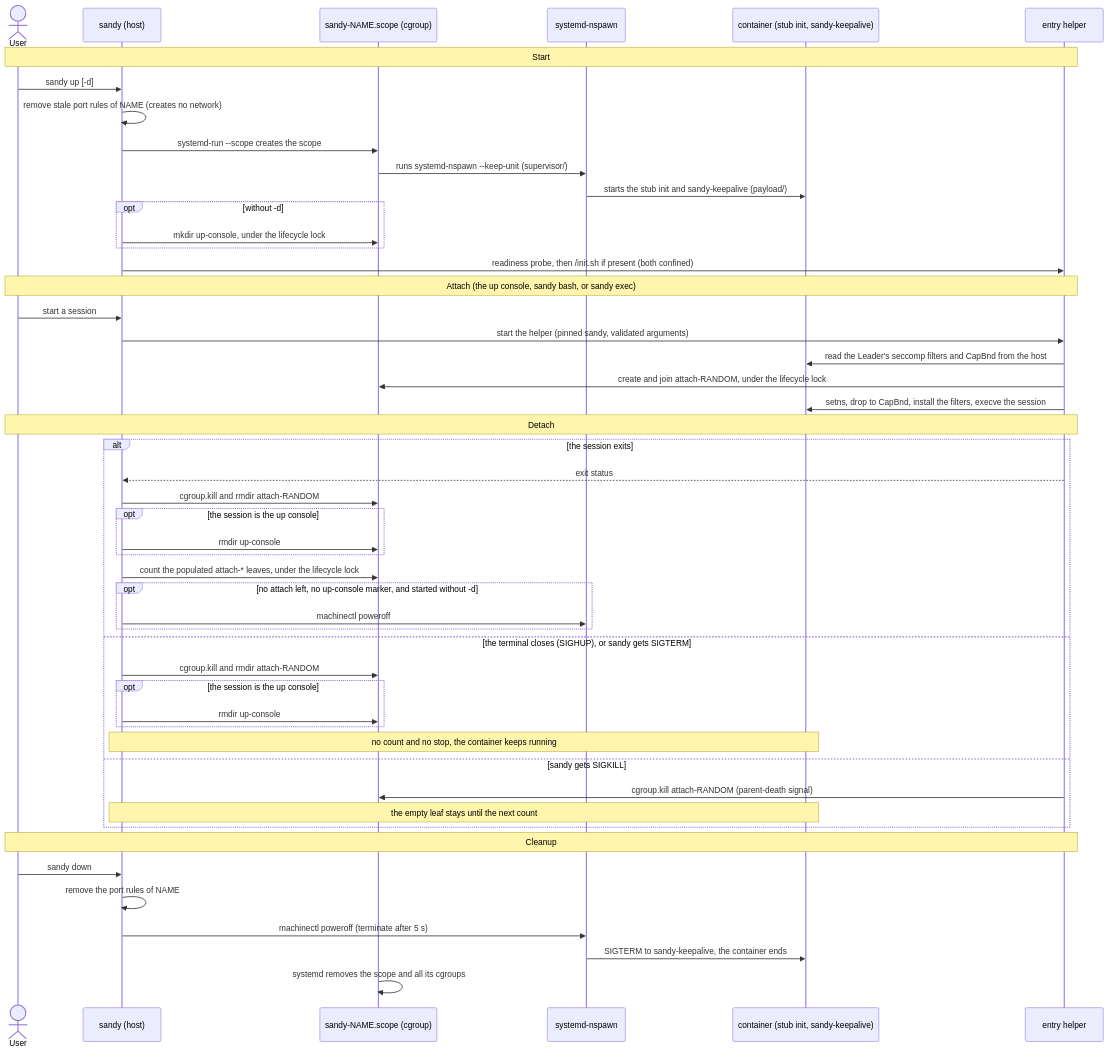
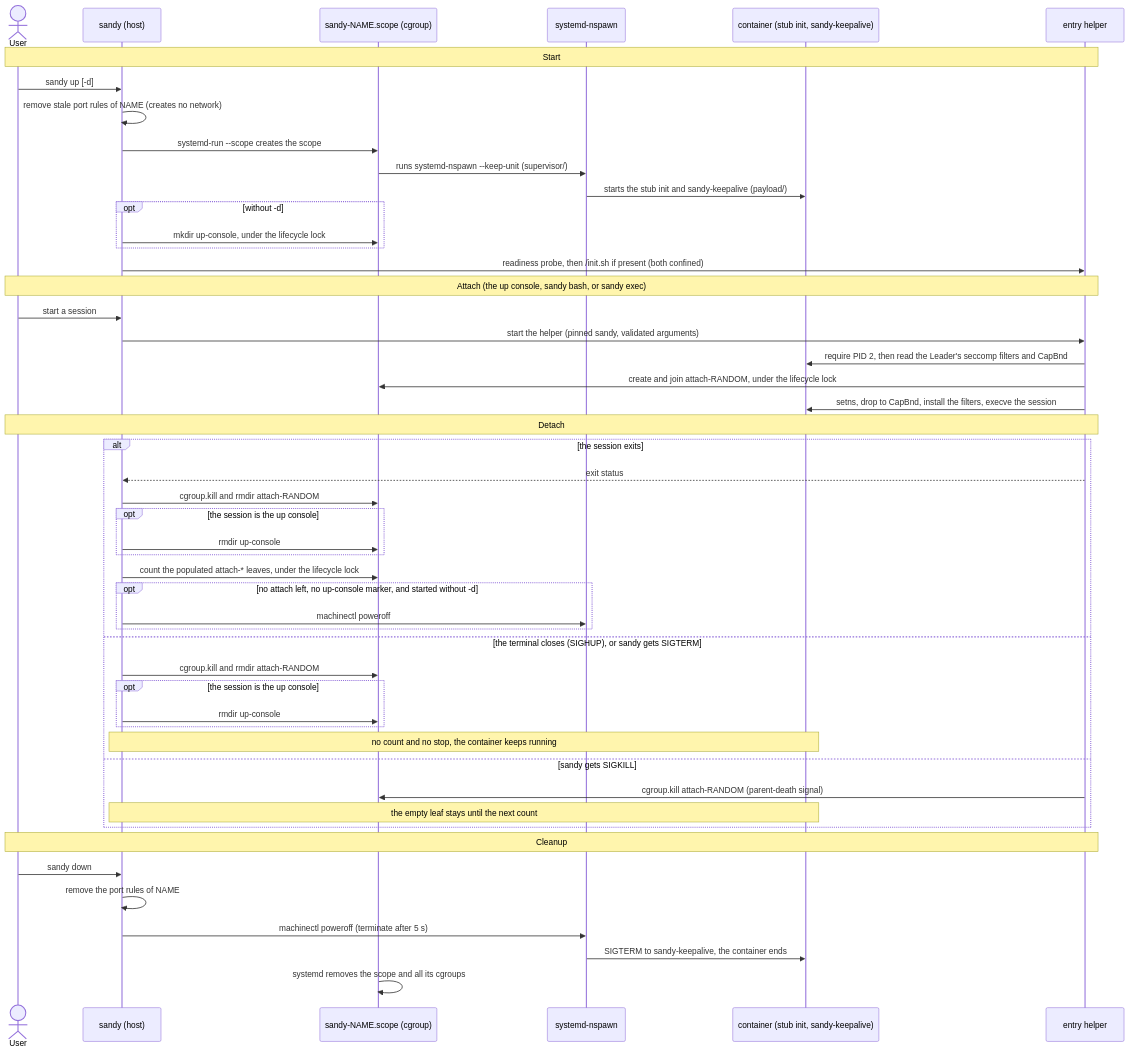
Before and after one commit to jdstrand/sandy: the diagram in README.md, drawn with Mermaid. The commit also changed other lines of this file and 7 other files, not shown here.

````diff
--- a/README.md
+++ b/README.md
@@ -273,56 +277,56 @@
 ```mermaid
 sequenceDiagram
     actor U as User
     participant S as sandy (host)
     participant C as sandy-NAME.scope (cgroup)
     participant N as systemd-nspawn
     participant K as container (stub init, sandy-keepalive)
     participant H as entry helper
 
     Note over U,H: Start
     U->>S: sandy up [-d]
     S->>S: remove stale port rules of NAME (creates no network)
     S->>C: systemd-run --scope creates the scope
     C->>N: runs systemd-nspawn --keep-unit (supervisor/)
     N->>K: starts the stub init and sandy-keepalive (payload/)
     opt without -d
         S->>C: mkdir up-console, under the lifecycle lock
     end
     S->>H: readiness probe, then /init.sh if present (both confined)
 
     Note over U,H: Attach (the up console, sandy bash, or sandy exec)
     U->>S: start a session
     S->>H: start the helper (pinned sandy, validated arguments)
-    H->>K: read the Leader's seccomp filters and CapBnd from the host
+    H->>K: require PID 2, then read the Leader's seccomp filters and CapBnd
     H->>C: create and join attach-RANDOM, under the lifecycle lock
     H->>K: setns, drop to CapBnd, install the filters, execve the session
 
     Note over U,H: Detach
     alt the session exits
         H-->>S: exit status
         S->>C: cgroup.kill and rmdir attach-RANDOM
         opt the session is the up console
             S->>C: rmdir up-console
         end
         S->>C: count the populated attach-* leaves, under the lifecycle lock
         opt no attach left, no up-console marker, and started without -d
             S->>N: machinectl poweroff
         end
     else the terminal closes (SIGHUP), or sandy gets SIGTERM
         S->>C: cgroup.kill and rmdir attach-RANDOM
         opt the session is the up console
             S->>C: rmdir up-console
         end
         Note over S,K: no count and no stop, the container keeps running
     else sandy gets SIGKILL
         H->>C: cgroup.kill attach-RANDOM (parent-death signal)
         Note over S,K: the empty leaf stays until the next count
     end
 
     Note over U,H: Cleanup
     U->>S: sandy down
     S->>S: remove the port rules of NAME
     S->>N: machinectl poweroff (terminate after 5 s)
     N->>K: SIGTERM to sandy-keepalive, the container ends
     C->>C: systemd removes the scope and all its cgroups
 ```
````
